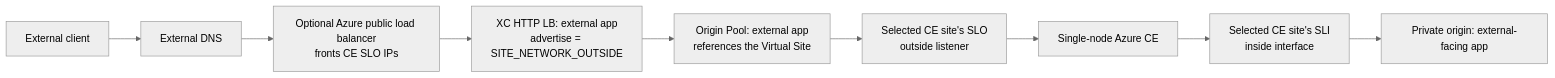
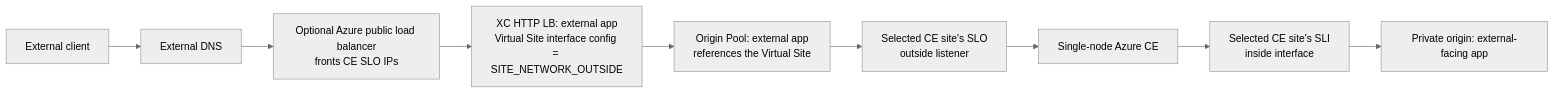
Before and after one commit to jackyatesaustin/single-node-virtual-site-two-interface: the first of 2 diagrams in docs/traffic-flow.md, drawn with Mermaid (neutral theme). The commit also changed other lines of this file and 1 other file, not shown here.

Commit message:
Clarify virtual site interface config labels

````diff
--- a/docs/traffic-flow.md
+++ b/docs/traffic-flow.md
@@ -14,14 +15,14 @@
 ```mermaid
 flowchart LR
   extClient["External client"]
   extDns["External DNS"]
   publicLb["Optional Azure public load balancer<br/>fronts CE SLO IPs"]
-  extApp["XC HTTP LB: external app<br/>advertise = SITE_NETWORK_OUTSIDE"]
+  extApp["XC HTTP LB: external app<br/>Virtual Site interface config = SITE_NETWORK_OUTSIDE"]
   extPool["Origin Pool: external app<br/>references the Virtual Site"]
   ceSlo["Selected CE site's SLO<br/>outside listener"]
   ce["Single-node Azure CE"]
   ceSli["Selected CE site's SLI<br/>inside interface"]
   extOrigin["Private origin: external-facing app"]
 
   extClient --> extDns --> publicLb --> extApp --> extPool --> ceSlo --> ce --> ceSli --> extOrigin
 ```
````
